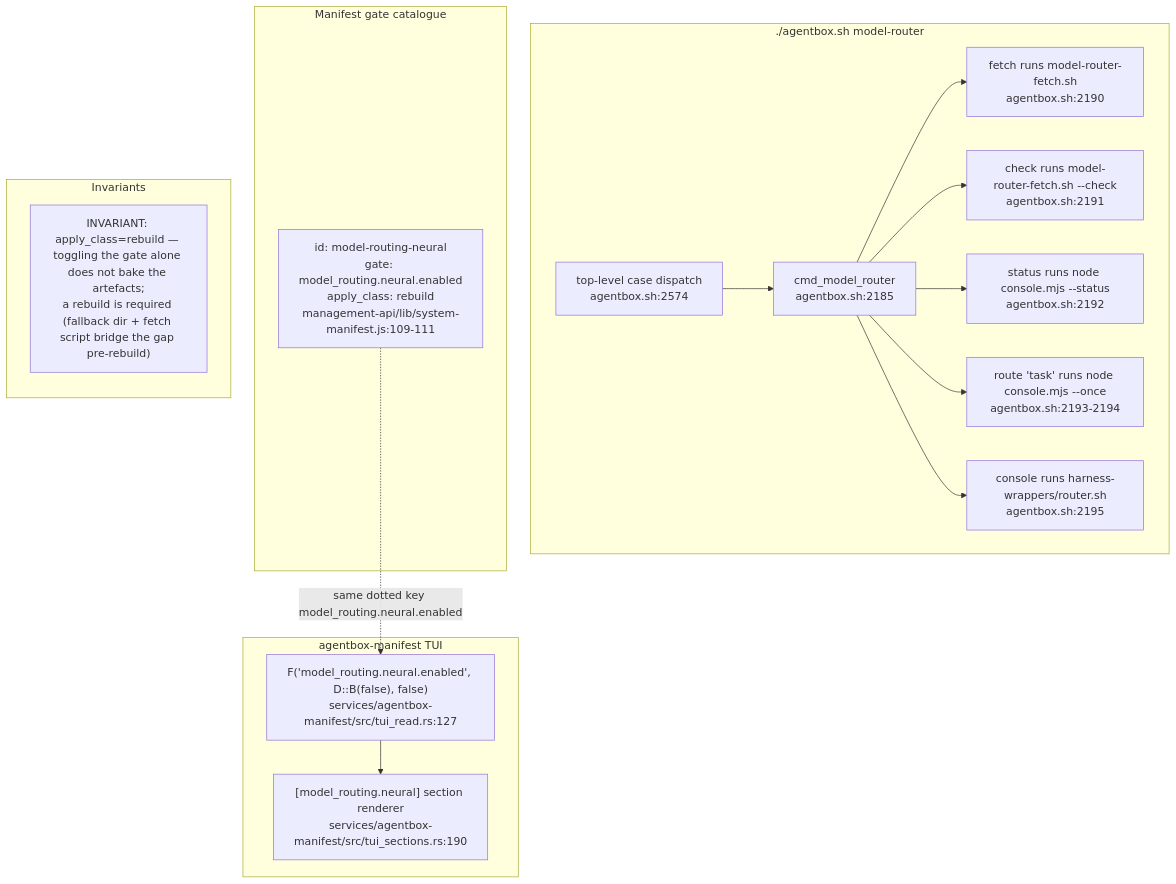
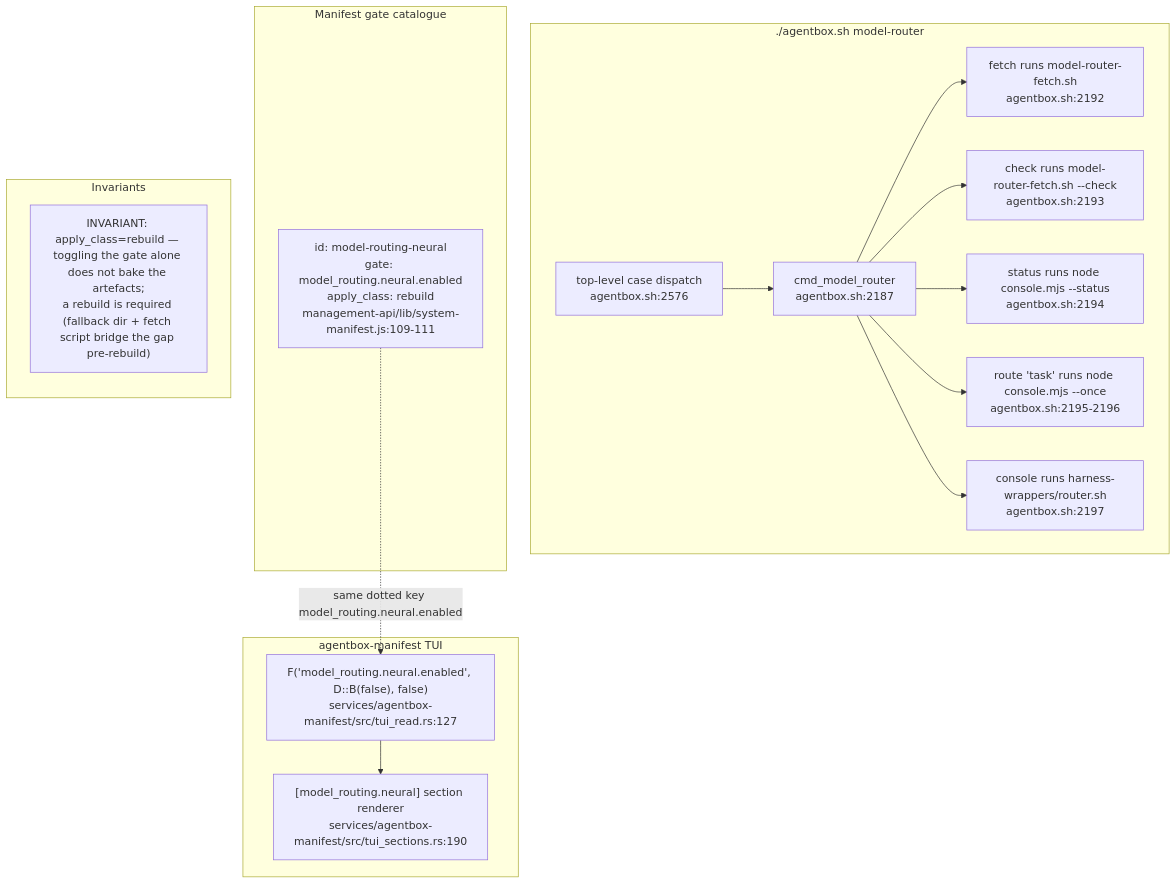
The eighth of 9 diagrams in docs/diagrams/agentbox/29-metaharness-router-console.md (DreamLab-AI/VisionFlow), drawn with Mermaid before and after one commit. The commit also changed other lines of this file and 94 other files, not shown here.

First line of the commit message:
docs(diagrams): re-verify 130 topics against 2 October HEADs

````diff
--- a/docs/diagrams/agentbox/29-metaharness-router-console.md
+++ b/docs/diagrams/agentbox/29-metaharness-router-console.md
@@ -269,32 +269,32 @@
 ```mermaid
 flowchart TB
     subgraph cli["./agentbox.sh model-router <sub>"]
-        CMD["cmd_model_router<br/>agentbox.sh:2185"]
-        FETCH2["fetch runs model-router-fetch.sh<br/>agentbox.sh:2190"]
-        CHECK2["check runs model-router-fetch.sh --check<br/>agentbox.sh:2191"]
-        STATUS2["status runs node console.mjs --status<br/>agentbox.sh:2192"]
-        ROUTE2["route 'task' runs node console.mjs --once<br/>agentbox.sh:2193-2194"]
-        CONSOLE2["console runs harness-wrappers/router.sh<br/>agentbox.sh:2195"]
-        DISPATCH["top-level case dispatch<br/>agentbox.sh:2574"]
+        CMD["cmd_model_router<br/>agentbox.sh:2187"]
+        FETCH2["fetch runs model-router-fetch.sh<br/>agentbox.sh:2192"]
+        CHECK2["check runs model-router-fetch.sh --check<br/>agentbox.sh:2193"]
+        STATUS2["status runs node console.mjs --status<br/>agentbox.sh:2194"]
+        ROUTE2["route 'task' runs node console.mjs --once<br/>agentbox.sh:2195-2196"]
+        CONSOLE2["console runs harness-wrappers/router.sh<br/>agentbox.sh:2197"]
+        DISPATCH["top-level case dispatch<br/>agentbox.sh:2576"]
     end
     subgraph catalogue["Manifest gate catalogue"]
         GATE["id: model-routing-neural<br/>gate: model_routing.neural.enabled<br/>apply_class: rebuild<br/>management-api/lib/system-manifest.js:109-111"]
     end
     subgraph tui["agentbox-manifest TUI"]
         READ["F('model_routing.neural.enabled', D::B(false), false)<br/>services/agentbox-manifest/src/tui_read.rs:127"]
         RENDER["[model_routing.neural] section renderer<br/>services/agentbox-manifest/src/tui_sections.rs:190"]
     end
     DISPATCH --> CMD
     CMD --> FETCH2
     CMD --> CHECK2
     CMD --> STATUS2
     CMD --> ROUTE2
     CMD --> CONSOLE2
     GATE -.->|"same dotted key model_routing.neural.enabled"| READ
     READ --> RENDER
     subgraph notes["Invariants"]
         direction TB
         N1["INVARIANT: apply_class=rebuild — toggling the gate alone does not bake the artefacts;<br/>a rebuild is required (fallback dir + fetch script bridge the gap pre-rebuild)"]
         N1
     end
 ```
````
